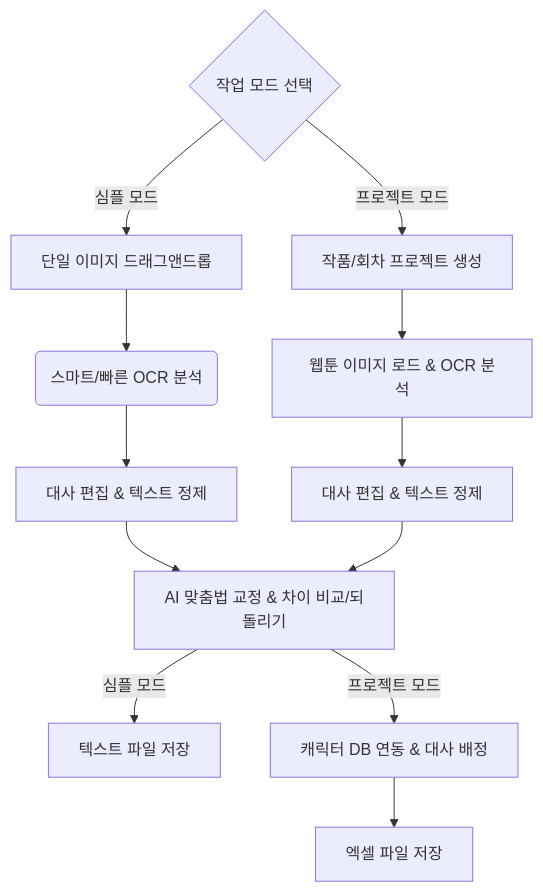
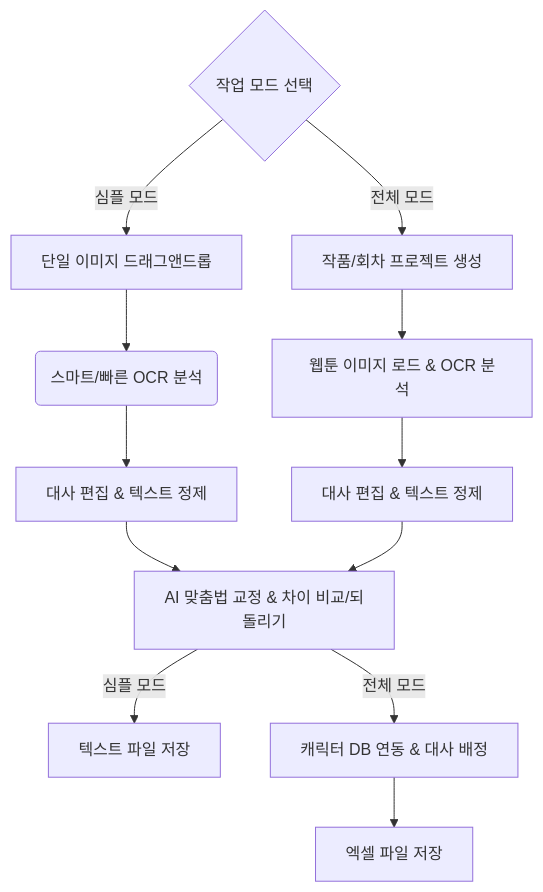
Before and after one commit to woo2koon/Webtoon-Scripter: the diagram in README.md, drawn with Mermaid. The commit also changed other lines of this file, not shown here.

Commit message:
docs: rename project mode to full mode in README

````diff
--- a/README.md
+++ b/README.md
@@ -102,16 +102,16 @@
 ```mermaid
 graph TD
     A{작업 모드 선택} -->|심플 모드| B[단일 이미지 드래그앤드롭]
     B --> C(스마트/빠른 OCR 분석)
     C --> D[대사 편집 & 텍스트 정제]
     D --> H[AI 맞춤법 교정 & 차이 비교/되돌리기]
     
-    A -->|프로젝트 모드| E[작품/회차 프로젝트 생성]
+    A -->|전체 모드| E[작품/회차 프로젝트 생성]
     E --> F[웹툰 이미지 로드 & OCR 분석]
     F --> G[대사 편집 & 텍스트 정제]
     G --> H
     
     H -->|심플 모드| I[텍스트 파일 저장]
-    H -->|프로젝트 모드| J[캐릭터 DB 연동 & 대사 배정]
+    H -->|전체 모드| J[캐릭터 DB 연동 & 대사 배정]
     J --> K[엑셀 파일 저장]
 ```
````
